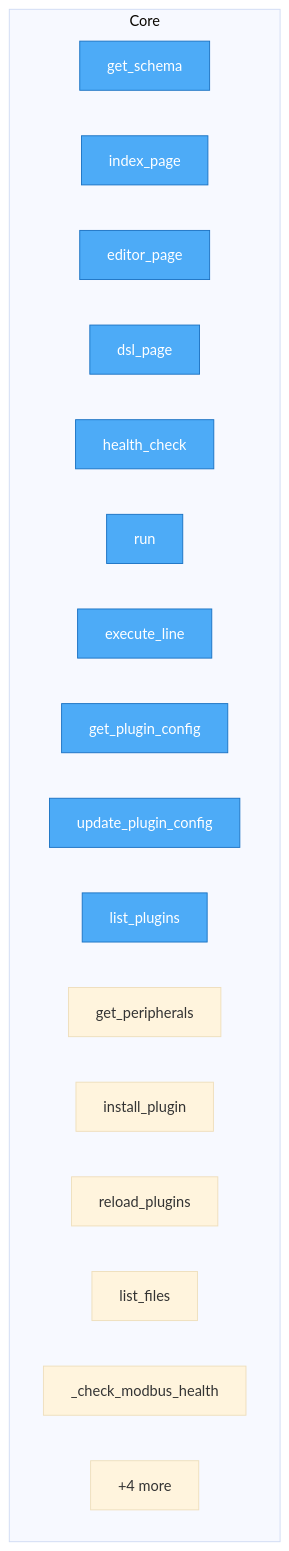
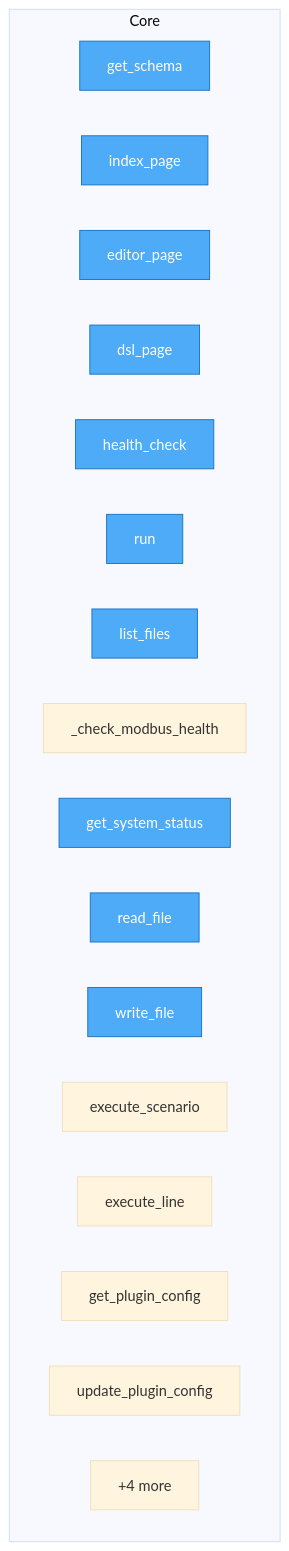
Before and after one commit to oqlos/weboql: the diagram in project/flow.mmd, drawn with Mermaid (base theme). The commit also changed 7 other files, not shown here.

```diff
--- a/project/flow.mmd
+++ b/project/flow.mmd
@@ -1,25 +1,25 @@
 flowchart TD
 
     %% Entry points (blue)
     classDef entry fill:#4dabf7,stroke:#1971c2,color:#fff
 
     subgraph Core
         weboql__api__schema__get_schema["get_schema"]
         weboql__main__index_page["index_page"]
         weboql__main__editor_page["editor_page"]
         weboql__main__dsl_page["dsl_page"]
         weboql__main__health_check["health_check"]
         weboql__main__run["run"]
+        weboql__api__editor__list_files["list_files"]
+        weboql__api__editor___check_modbus_health["_check_modbus_health"]
+        weboql__api__editor__get_system_status["get_system_status"]
+        weboql__api__editor__read_file["read_file"]
+        weboql__api__editor__write_file["write_file"]
+        weboql__api__editor__execute_scenario["execute_scenario"]
         weboql__api__plugins_api__execute_line["execute_line"]
         weboql__api__plugins_api__get_plugin_config["get_plugin_config"]
         weboql__api__plugins_api__update_plugin_config["update_plugin_config"]
-        weboql__api__plugins_api__list_plugins["list_plugins"]
-        weboql__api__plugins_api__get_peripherals["get_peripherals"]
-        weboql__api__plugins_api__install_plugin["install_plugin"]
-        weboql__api__plugins_api__reload_plugins["reload_plugins"]
-        weboql__api__editor__list_files["list_files"]
-        weboql__api__editor___check_modbus_health["_check_modbus_health"]
         ...["+4 more"]
     end
 
-    class weboql__api__schema__get_schema,weboql__main__index_page,weboql__main__editor_page,weboql__main__dsl_page,weboql__main__health_check,weboql__main__run,weboql__api__plugins_api__execute_line,weboql__api__plugins_api__get_plugin_config,weboql__api__plugins_api__update_plugin_config,weboql__api__plugins_api__list_plugins entry
+    class weboql__api__schema__get_schema,weboql__main__index_page,weboql__main__editor_page,weboql__main__dsl_page,weboql__main__health_check,weboql__main__run,weboql__api__editor__list_files,weboql__api__editor__get_system_status,weboql__api__editor__read_file,weboql__api__editor__write_file entry
```
